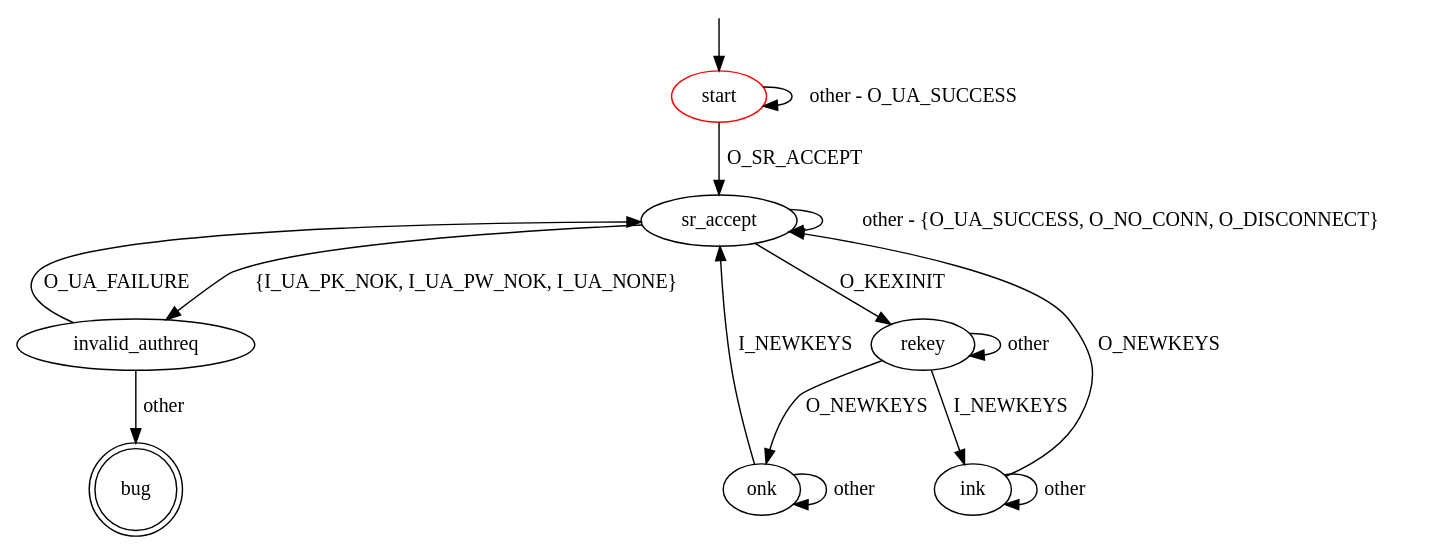
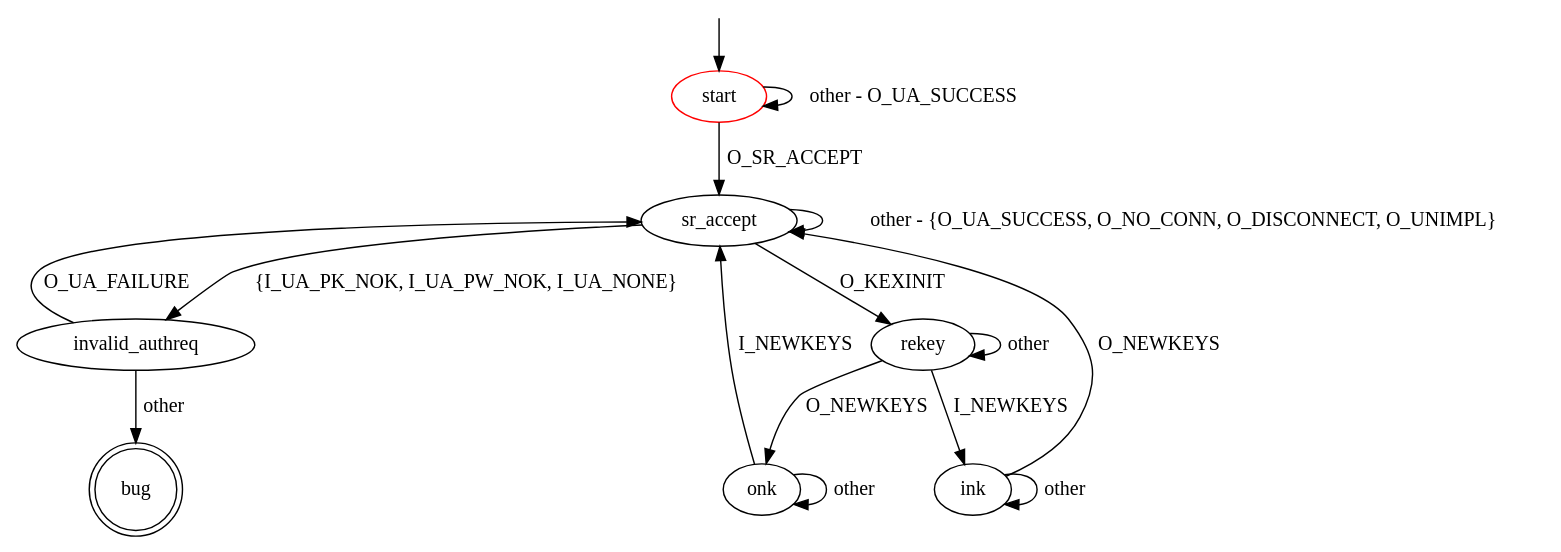
The diagram in src/main/resources/patterns/ssh/invalid_auth_rejection.dot (assist-project/state-machine-bug-finder), drawn with Graphviz before and after one commit.

Commit message:
Updated invalid_auth_rejection bp with unimplemented message

```diff
--- a/src/main/resources/patterns/ssh/invalid_auth_rejection.dot
+++ b/src/main/resources/patterns/ssh/invalid_auth_rejection.dot
@@ -1,24 +1,24 @@
 digraph G {
 label=""
 start [color="red"]
 bug [shape="doublecircle"]
 
 start -> sr_accept [label="O_SR_ACCEPT"]
 start -> start [label="other - O_UA_SUCCESS"]
 sr_accept -> invalid_authreq [label="{I_UA_PK_NOK, I_UA_PW_NOK, I_UA_NONE}"]
-sr_accept -> sr_accept [label="other - {O_UA_SUCCESS, O_NO_CONN, O_DISCONNECT}"]
+sr_accept -> sr_accept [label="other - {O_UA_SUCCESS, O_NO_CONN, O_DISCONNECT, O_UNIMPL}"]
 sr_accept -> rekey [label="O_KEXINIT"]
 invalid_authreq -> sr_accept [label="O_UA_FAILURE"]
 invalid_authreq -> bug [label="other"]
 
 rekey -> ink [label="I_NEWKEYS"]
 rekey -> onk [label="O_NEWKEYS"]
 rekey -> rekey [label="other"]
 ink -> sr_accept [label="O_NEWKEYS"]
 ink -> ink [label="other"]
 onk -> sr_accept [label="I_NEWKEYS"]
 onk -> onk [label="other"]
 
 __start0 [label="" shape="none" width="0" height="0"];
 __start0 -> start;
 }
```
